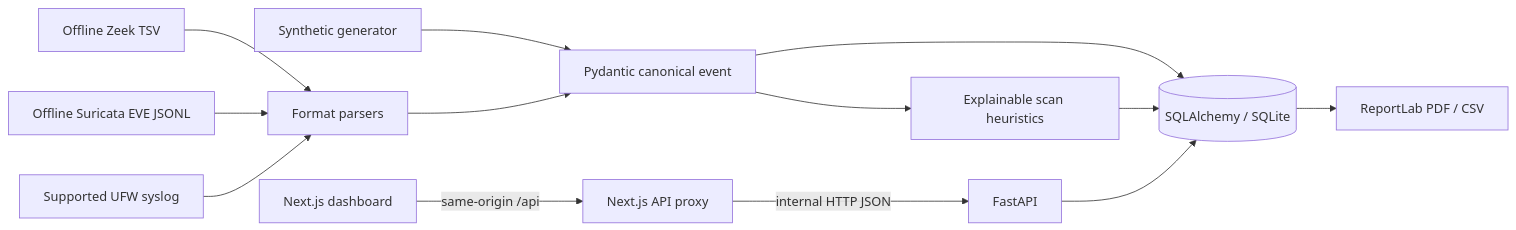
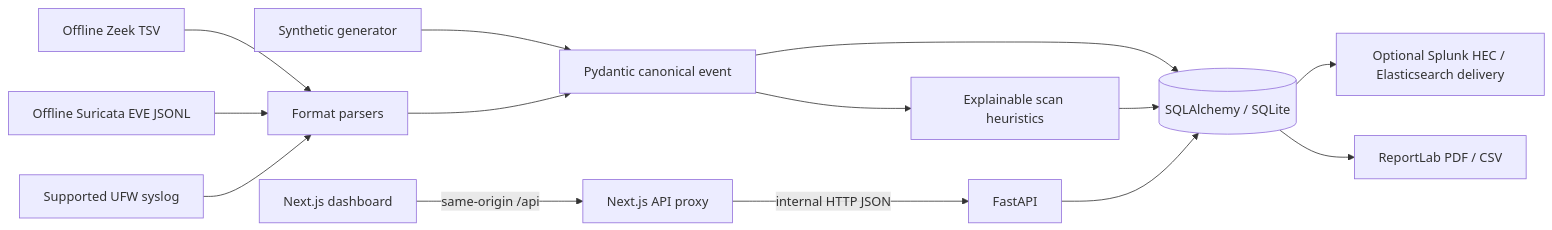
Before and after one commit to anurag-rvnkr1/Port-Scan-Detection-Engineering-Lab: the diagram in docs/ARCHITECTURE.md, drawn with Mermaid. The commit also changed other lines of this file and 11 other files, not shown here.

Commit message:
feat: implement optional SIEM delivery with Splunk and Elasticsearch integration, including retry functionality and environment configuration

````diff
--- a/docs/ARCHITECTURE.md
+++ b/docs/ARCHITECTURE.md
@@ -5,15 +5,16 @@
 ```mermaid
 flowchart LR
   Browser[Next.js dashboard] -->|same-origin /api| BFF[Next.js API proxy]
   BFF -->|internal HTTP JSON| API[FastAPI]
   Synthetic[Synthetic generator] --> Schema[Pydantic canonical event]
   Zeek[Offline Zeek TSV] --> Parser[Format parsers]
   Suricata[Offline Suricata EVE JSONL] --> Parser
   Firewall[Supported UFW syslog] --> Parser
   Parser --> Schema
   Schema --> Detection[Explainable scan heuristics]
   Schema --> Persistence[(SQLAlchemy / SQLite)]
   Detection --> Persistence
+  Persistence --> Integrations[Optional Splunk HEC / Elasticsearch delivery]
   API --> Persistence
   Persistence --> Reports[ReportLab PDF / CSV]
 ```
````
